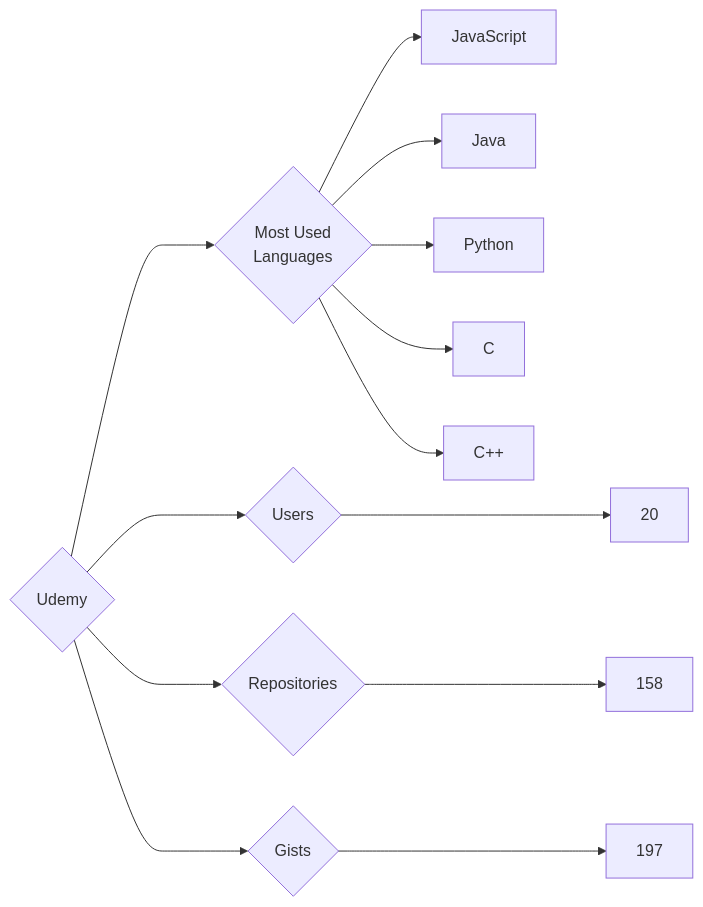
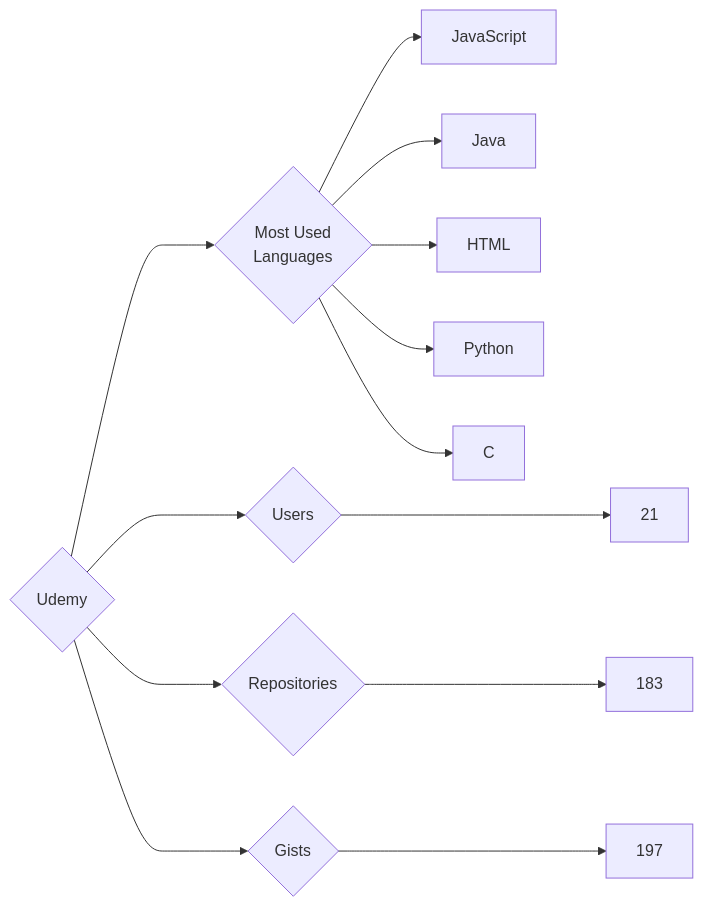
Before and after one commit to trickest/insiders: the diagram in targets/Udemy/README.md, drawn with Mermaid. The commit also changed 970 other files, not shown here.

````diff
--- a/targets/Udemy/README.md
+++ b/targets/Udemy/README.md
@@ -3,13 +3,13 @@
 ```mermaid
 graph LR
 COMPANY_NAME{Udemy}
-COMPANY_NAME ---> U{Users} ---> UN[20]
-COMPANY_NAME ---> R{Repositories} ---> RN[158]
+COMPANY_NAME ---> U{Users} ---> UN[21]
+COMPANY_NAME ---> R{Repositories} ---> RN[183]
 COMPANY_NAME ---> G{Gists} ---> GN[197]
 COMPANY_NAME ---> ML{Most Used<br>Languages}
 ML --> JavaScript[JavaScript]
 ML --> Java[Java]
+ML --> HTML[HTML]
 ML --> Python[Python]
 ML --> C[C]
-ML --> C++[C++]
 ```
````
